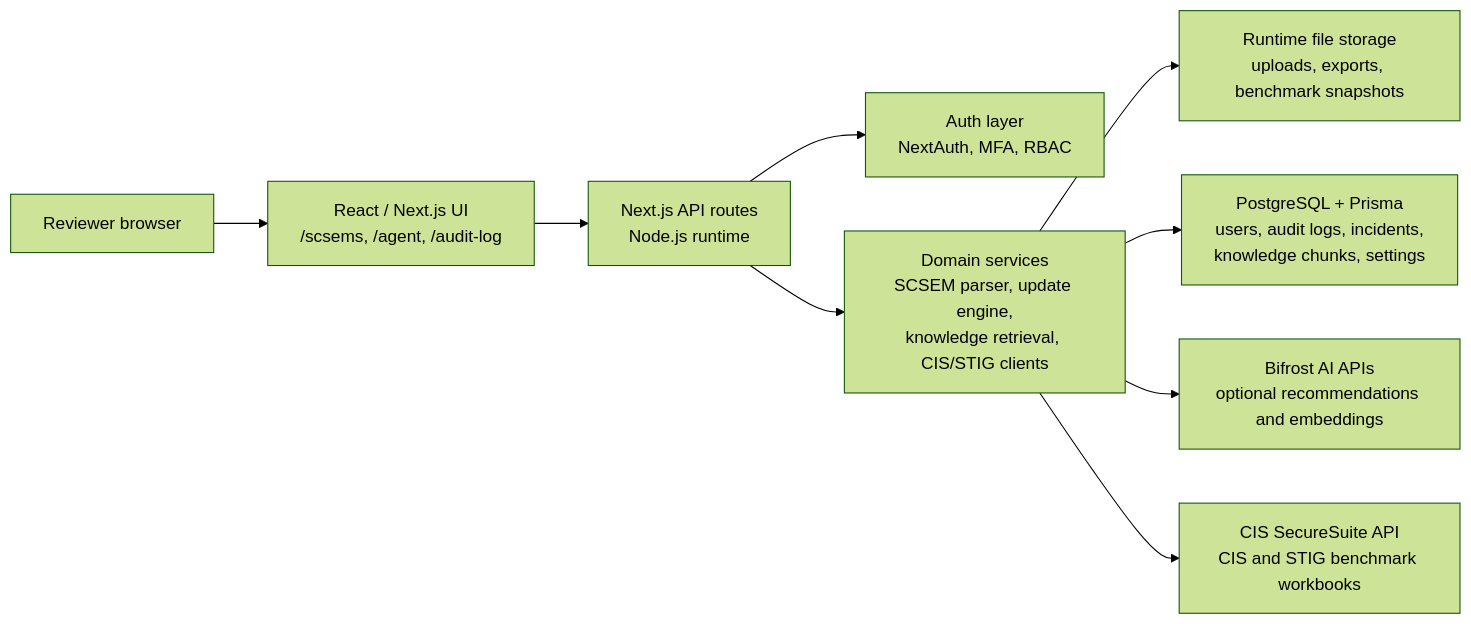
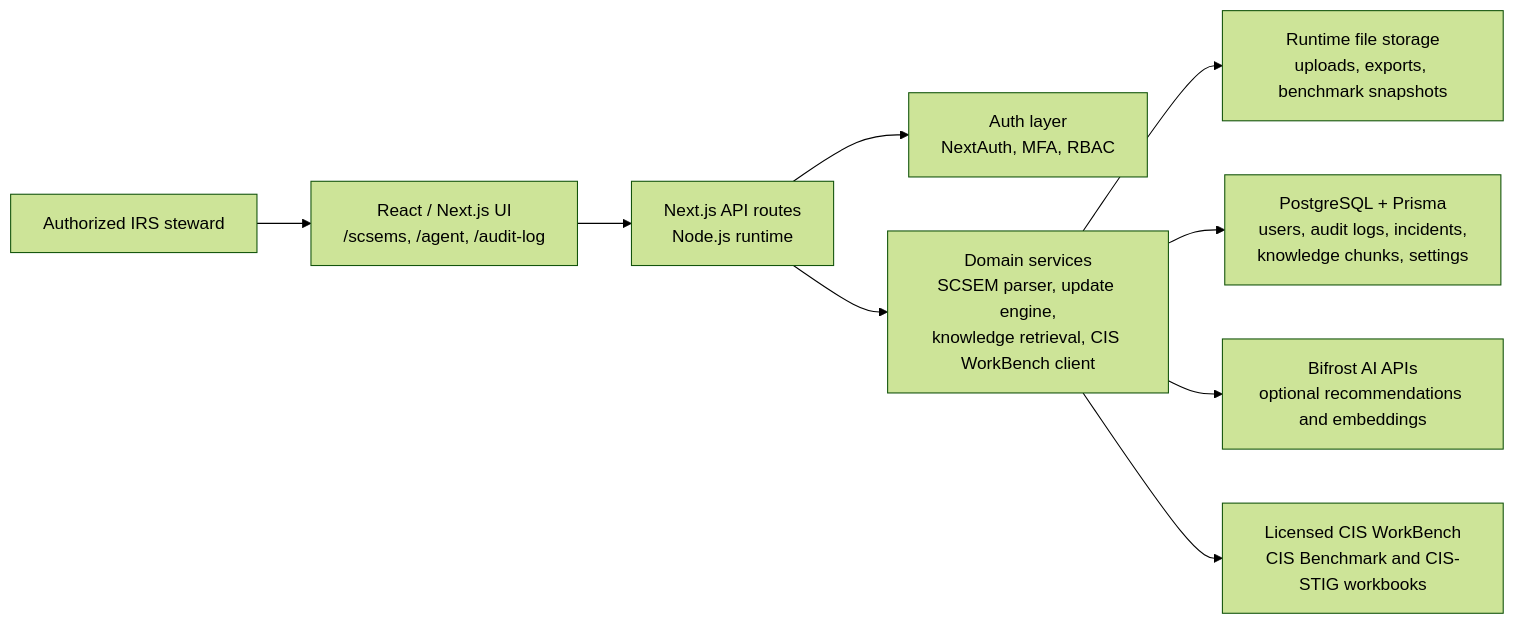
The first of 2 diagrams in README.md (skysolutionsus/skyshield-healthcare), drawn with Mermaid (forest theme) before and after one commit. The commit also changed other lines of this file and 242 other files, not shown here.

````diff
--- a/README.md
+++ b/README.md
@@ -44,11 +47,11 @@
 ```mermaid
 flowchart LR
-  User["Reviewer browser"] --> UI["React / Next.js UI\n/scsems, /agent, /audit-log"]
+  User["Authorized IRS steward"] --> UI["React / Next.js UI\n/scsems, /agent, /audit-log"]
   UI --> API["Next.js API routes\nNode.js runtime"]
   API --> Auth["Auth layer\nNextAuth, MFA, RBAC"]
-  API --> Services["Domain services\nSCSEM parser, update engine,\nknowledge retrieval, CIS/STIG clients"]
+  API --> Services["Domain services\nSCSEM parser, update engine,\nknowledge retrieval, CIS WorkBench client"]
   Services --> Storage["Runtime file storage\nuploads, exports, benchmark snapshots"]
   Services --> DB["PostgreSQL + Prisma\nusers, audit logs, incidents,\nknowledge chunks, settings"]
   Services --> AI["Bifrost AI APIs\noptional recommendations and embeddings"]
-  Services --> CIS["CIS SecureSuite API\nCIS and STIG benchmark workbooks"]
+  Services --> CIS["Licensed CIS WorkBench\nCIS Benchmark and CIS-STIG workbooks"]
 ```
````
